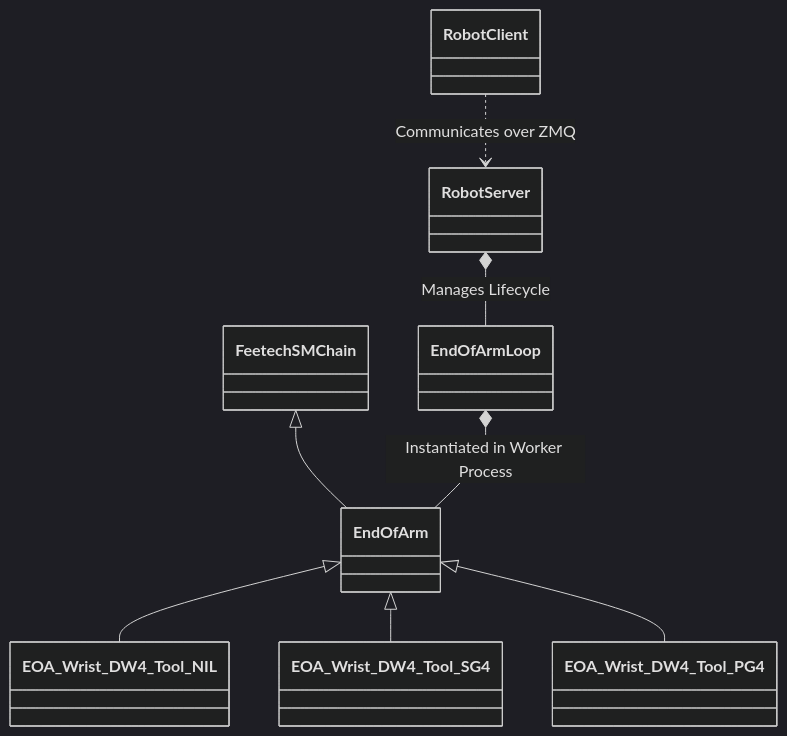
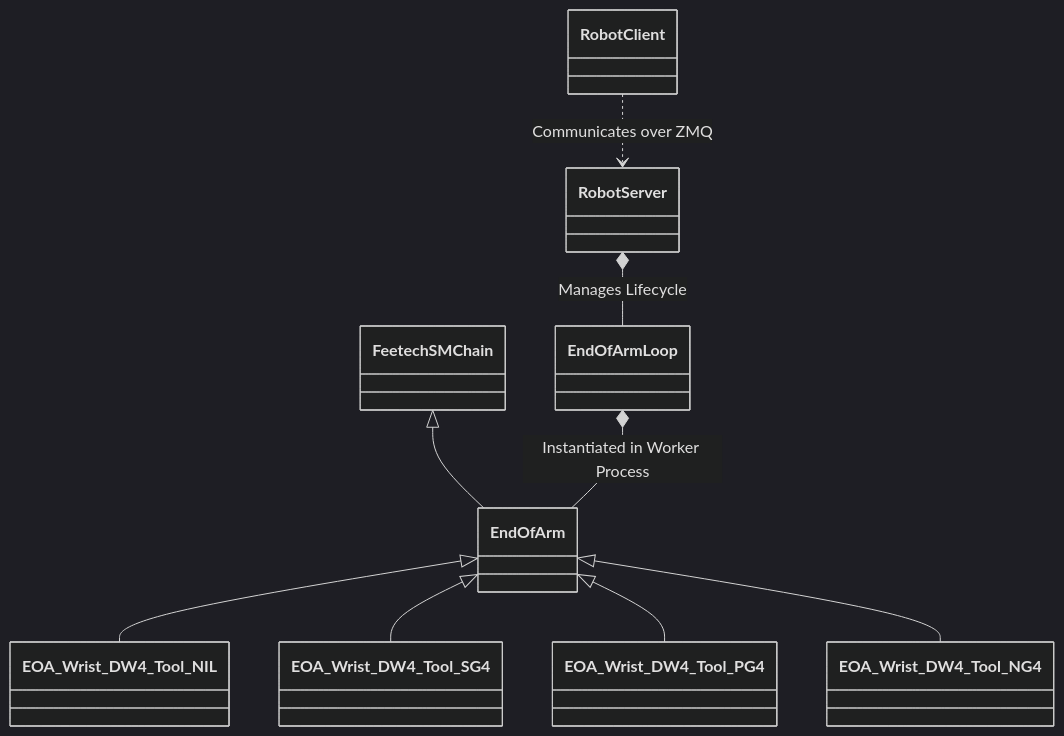
Before and after one commit to hello-robot/stretch4_body: the first of 2 diagrams in docs/primer_end_of_arm.md, drawn with Mermaid (dark theme). The commit also changed 13 other files, not shown here.

````diff
--- a/docs/primer_end_of_arm.md
+++ b/docs/primer_end_of_arm.md
@@ -33,11 +33,12 @@
 ```mermaid
 classDiagram
     FeetechSMChain <|-- EndOfArm
     EndOfArm <|-- EOA_Wrist_DW4_Tool_NIL
     EndOfArm <|-- EOA_Wrist_DW4_Tool_SG4
     EndOfArm <|-- EOA_Wrist_DW4_Tool_PG4
+    EndOfArm <|-- EOA_Wrist_DW4_Tool_NG4
     
     EndOfArmLoop *-- EndOfArm : Instantiated in Worker Process
     RobotServer *-- EndOfArmLoop : Manages Lifecycle
     RobotClient ..> RobotServer : Communicates over ZMQ
 ```
````
